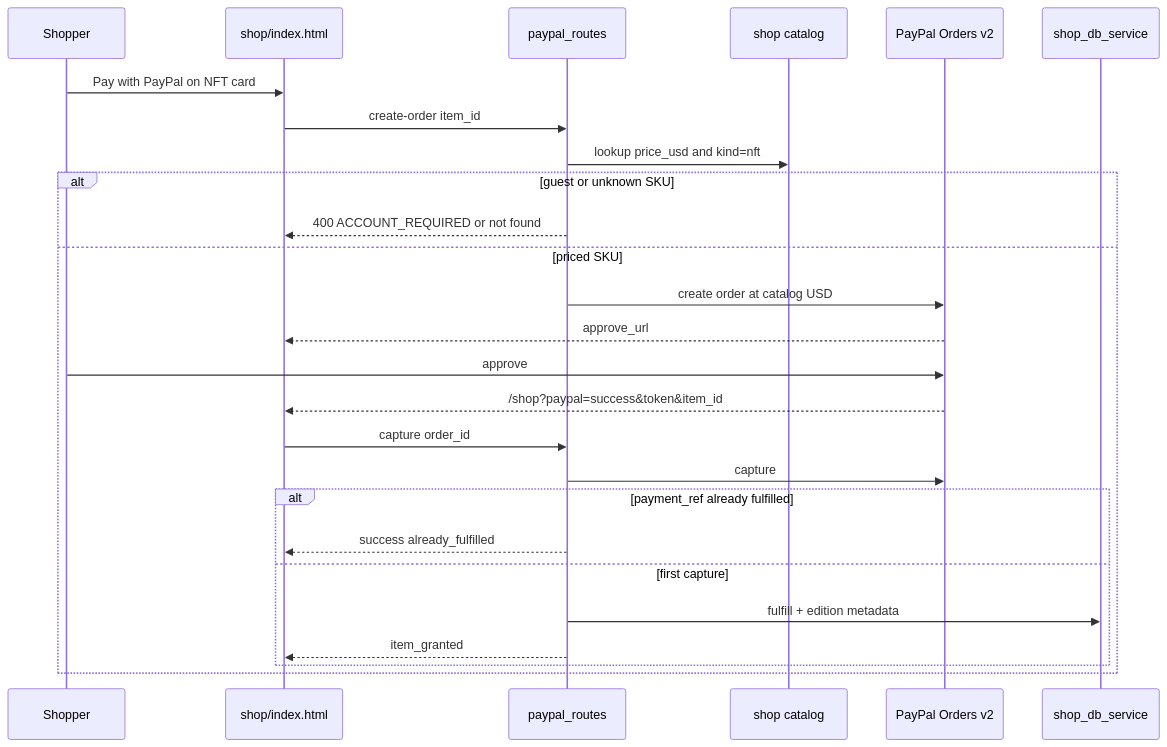
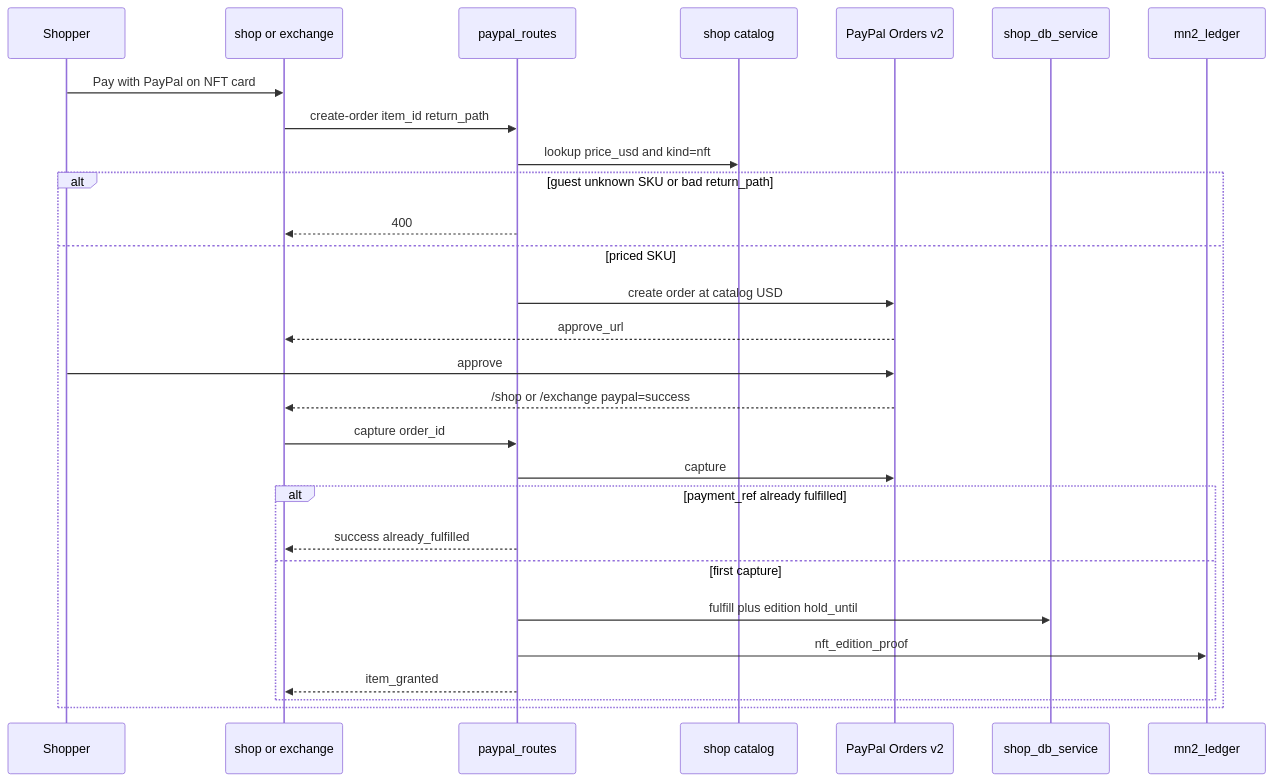
One commit to jonK341/Masternoder.dk changed the second of 4 diagrams in docs/plans/2026-09-16-001-feat-paypal-nft-purchase-plan.md. Above: the diagram before and after it, drawn with Mermaid. The commit also changed other lines of this file, not shown here.

First line of the commit message:
docs(plan): MN2 cannot mint NFTs; add exchange and PayPal hold

````diff
--- a/docs/plans/2026-09-16-001-feat-paypal-nft-purchase-plan.md
+++ b/docs/plans/2026-09-16-001-feat-paypal-nft-purchase-plan.md
@@ -193,28 +255,30 @@
 ```mermaid
 sequenceDiagram
   participant U as Shopper
-  participant Shop as shop/index.html
+  participant UI as shop or exchange
   participant API as paypal_routes
   participant Cat as shop catalog
   participant PP as PayPal Orders v2
   participant Inv as shop_db_service
-  U->>Shop: Pay with PayPal on NFT card
-  Shop->>API: create-order item_id
+  participant Led as mn2_ledger
+  U->>UI: Pay with PayPal on NFT card
+  UI->>API: create-order item_id return_path
   API->>Cat: lookup price_usd and kind=nft
-  alt guest or unknown SKU
-    API-->>Shop: 400 ACCOUNT_REQUIRED or not found
+  alt guest unknown SKU or bad return_path
+    API-->>UI: 400
   else priced SKU
     API->>PP: create order at catalog USD
-    PP-->>Shop: approve_url
+    PP-->>UI: approve_url
     U->>PP: approve
-    PP-->>Shop: /shop?paypal=success&token&item_id
-    Shop->>API: capture order_id
+    PP-->>UI: /shop or /exchange paypal=success
+    UI->>API: capture order_id
     API->>PP: capture
     alt payment_ref already fulfilled
-      API-->>Shop: success already_fulfilled
+      API-->>UI: success already_fulfilled
     else first capture
-      API->>Inv: fulfill + edition metadata
-      API-->>Shop: item_granted
+      API->>Inv: fulfill plus edition hold_until
+      API->>Led: nft_edition_proof
+      API-->>UI: item_granted
     end
   end
 ```
````
